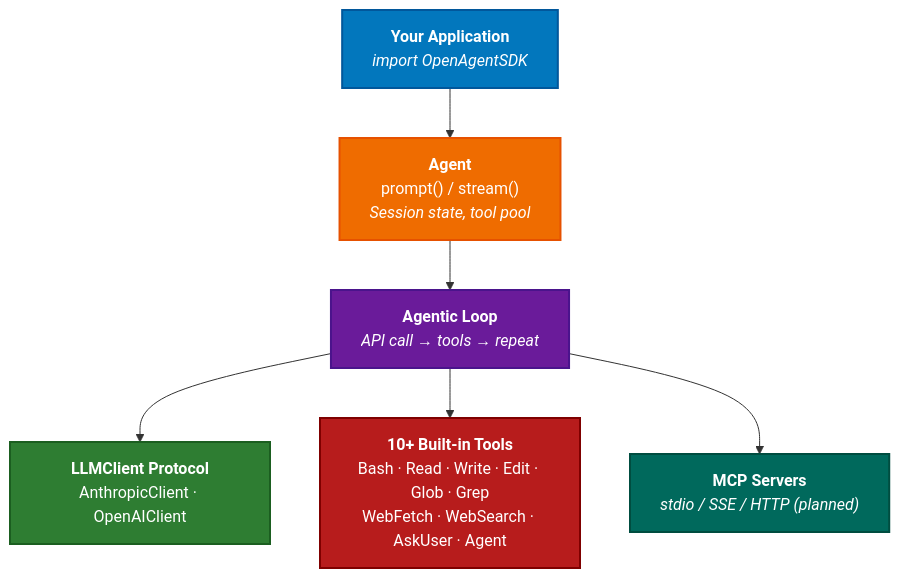
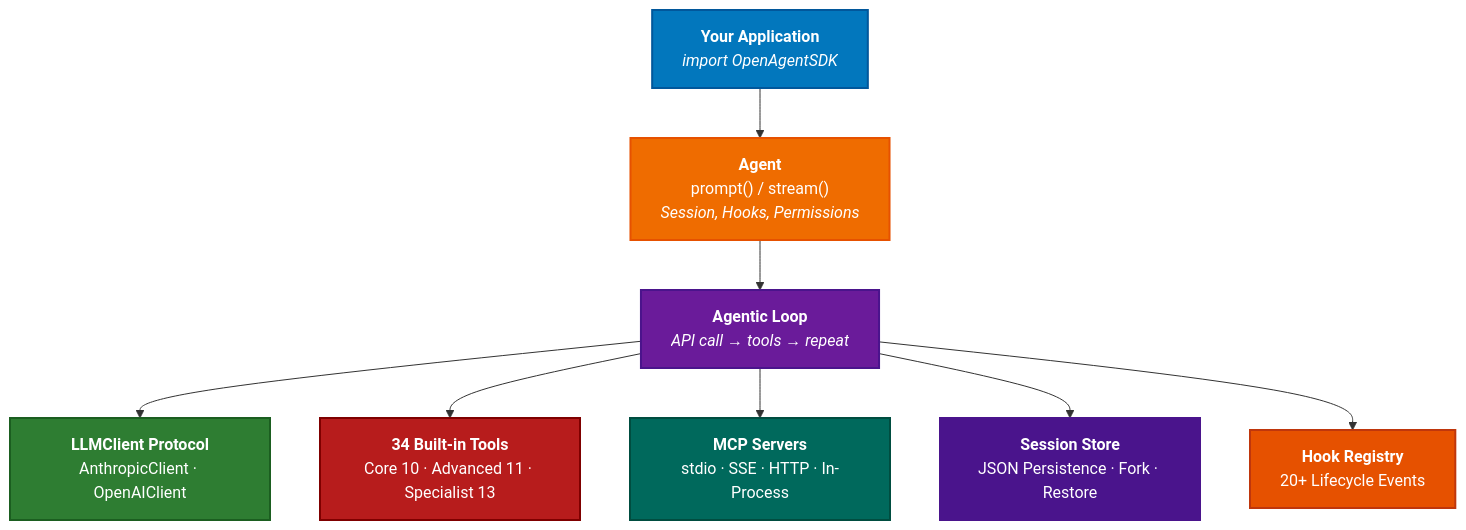
The diagram in README.md (terryso/open-agent-sdk-swift), drawn with Mermaid before and after one commit. The commit also changed other lines of this file and 6 other files, not shown here.

````diff
--- a/README.md
+++ b/README.md
@@ -172,18 +305,24 @@
 ```mermaid
 graph TD
     A["<b>Your Application</b><br/><i>import OpenAgentSDK</i>"] --> B
-    B["<b>Agent</b><br/>prompt() / stream()<br/><i>Session state, tool pool</i>"] --> C
-    C["<b>Agentic Loop</b><br/><i>API call → tools → repeat</i>"] --> D
+    B["<b>Agent</b><br/>prompt() / stream()<br/><i>Session, Hooks, Permissions</i>"] --> C
+    C["<b>Agentic Loop</b><br/><i>API call &rarr; tools &rarr; repeat</i>"] --> D
     C --> E
     C --> F
-    D["<b>LLMClient Protocol</b><br/>AnthropicClient · OpenAIClient"]
-    E["<b>10+ Built-in Tools</b><br/>Bash · Read · Write · Edit · Glob · Grep<br/>WebFetch · WebSearch · AskUser · Agent"]
-    F["<b>MCP Servers</b><br/><i>stdio / SSE / HTTP (planned)</i>"]
+    C --> G
+    C --> H
+    D["<b>LLMClient Protocol</b><br/>AnthropicClient &middot; OpenAIClient"]
+    E["<b>34 Built-in Tools</b><br/>Core 10 &middot; Advanced 11 &middot; Specialist 13"]
+    F["<b>MCP Servers</b><br/>stdio &middot; SSE &middot; HTTP &middot; In-Process"]
+    G["<b>Session Store</b><br/>JSON Persistence &middot; Fork &middot; Restore"]
+    H["<b>Hook Registry</b><br/>20+ Lifecycle Events"]
 
     style A fill:#0277bd,stroke:#01579b,color:#fff,stroke-width:2px
     style B fill:#ef6c00,stroke:#e65100,color:#fff,stroke-width:2px
     style C fill:#6a1b9a,stroke:#4a148c,color:#fff,stroke-width:2px
     style D fill:#2e7d32,stroke:#1b5e20,color:#fff,stroke-width:2px
     style E fill:#b71c1c,stroke:#7f0000,color:#fff,stroke-width:2px
     style F fill:#00695c,stroke:#004d40,color:#fff,stroke-width:2px
+    style G fill:#4a148c,stroke:#4a148c,color:#fff,stroke-width:2px
+    style H fill:#e65100,stroke:#bf360c,color:#fff,stroke-width:2px
 ```
````
